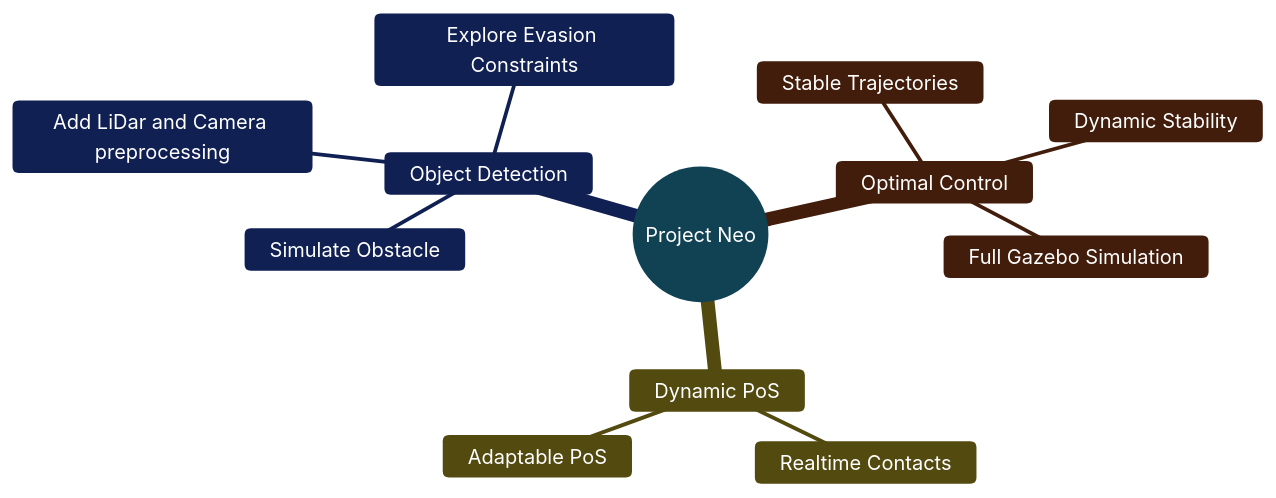
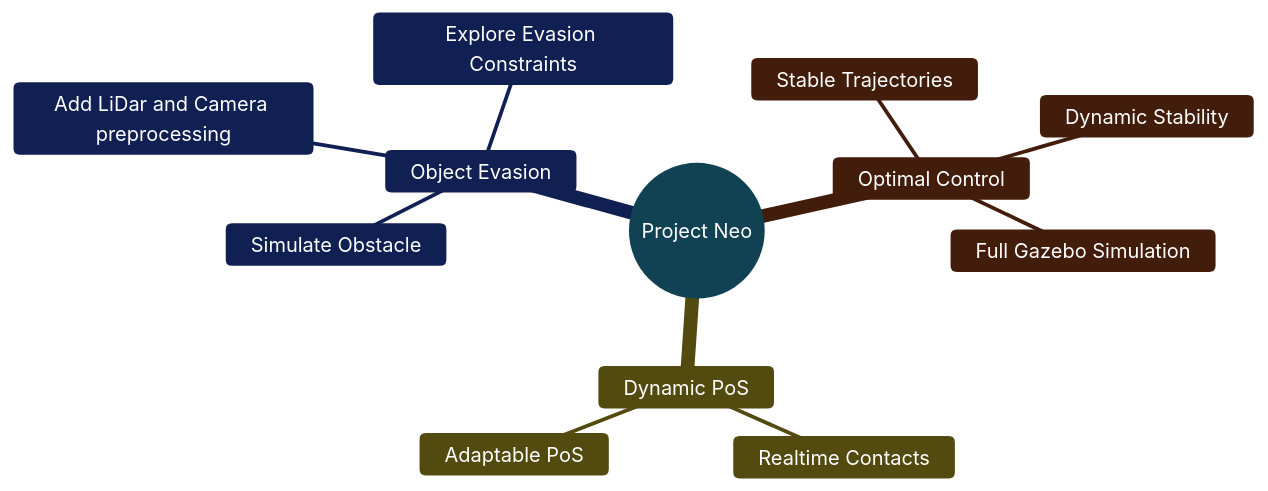
Before and after one commit to DominicZahn/Project_Neo: diagram 14 of 14 in docu/projectNeo/ProjectNeo/slides.md, drawn with Mermaid. The commit also changed other lines of this file, not shown here.

Commit message:
renaming some stuff

````diff
--- a/docu/projectNeo/ProjectNeo/slides.md
+++ b/docu/projectNeo/ProjectNeo/slides.md
@@ -1261,27 +1261,27 @@
 ```mermaid
 %%{
   init: {
     'theme': 'base',
     'themeVariables': {
       'primaryColor': '#2596be',
       'primaryTextColor': 'white',
       'primaryBorderColor': '#7C0000',
       'secondaryColor': '#b04d1e',
       'tertiaryColor': '#bea925'
     }
   }
 }%%
 mindmap
     root((Project Neo))
         Optimal Control
             Stable Trajectories
             Dynamic Stability
             Full Gazebo Simulation
         Dynamic PoS
             Realtime Contacts
             Adaptable PoS
-        Object Detection
+        Object Evasion
             Simulate Obstacle
             Add LiDar and Camera preprocessing
             Explore Evasion Constraints
 ```
````
